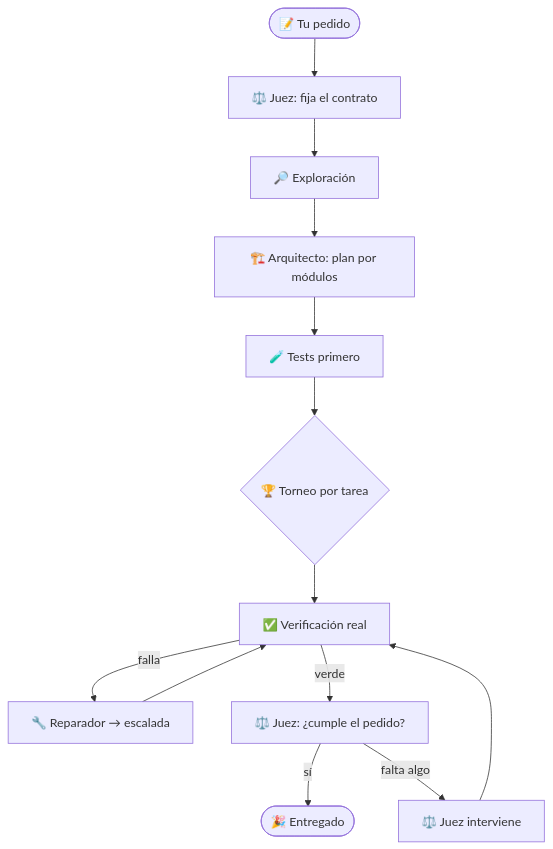
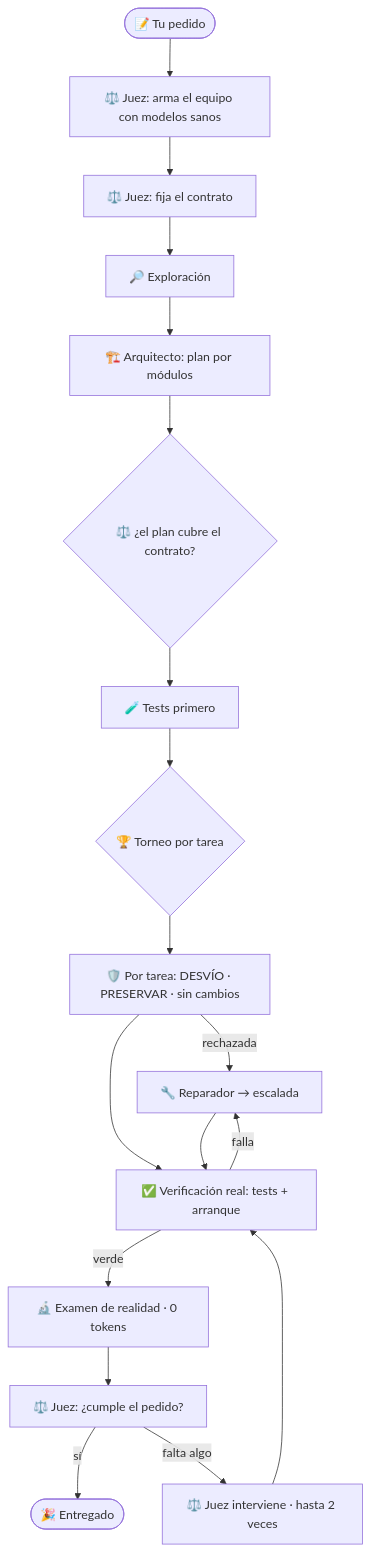
Before and after one commit to celparaguayy-cloud/Reaper.py: the diagram in README.md, drawn with Mermaid. The commit also changed other lines of this file, not shown here.

First line of the commit message:
README: guía de cero a construir con el juez y novedades (987 tests)

````diff
--- a/README.md
+++ b/README.md
@@ -133,15 +266,20 @@
 ```mermaid
 flowchart TD
-    P([📝 Tu pedido]) --> C[⚖️ Juez: fija el contrato]
+    P([📝 Tu pedido]) --> Q[⚖️ Juez: arma el equipo con modelos sanos]
+    Q --> C[⚖️ Juez: fija el contrato]
     C --> E[🔎 Exploración]
     E --> A[🏗️ Arquitecto: plan por módulos]
-    A --> T[🧪 Tests primero]
+    A --> VG{⚖️ ¿el plan cubre el contrato?}
+    VG --> T[🧪 Tests primero]
     T --> TO{🏆 Torneo por tarea}
-    TO --> V[✅ Verificación real]
+    TO --> G[🛡️ Por tarea: DESVÍO · PRESERVAR · sin cambios]
+    G -- rechazada --> R
+    G --> V[✅ Verificación real: tests + arranque]
     V -- falla --> R[🔧 Reparador → escalada]
     R --> V
-    V -- verde --> J[⚖️ Juez: ¿cumple el pedido?]
+    V -- verde --> X[🔬 Examen de realidad · 0 tokens]
+    X --> J[⚖️ Juez: ¿cumple el pedido?]
     J -- sí --> OK([🎉 Entregado])
-    J -- falta algo --> I[⚖️ Juez interviene]
+    J -- falta algo --> I[⚖️ Juez interviene · hasta 2 veces]
     I --> V
 ```
````
